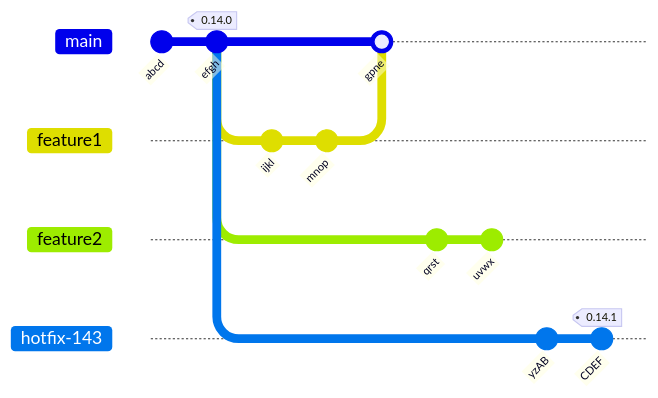
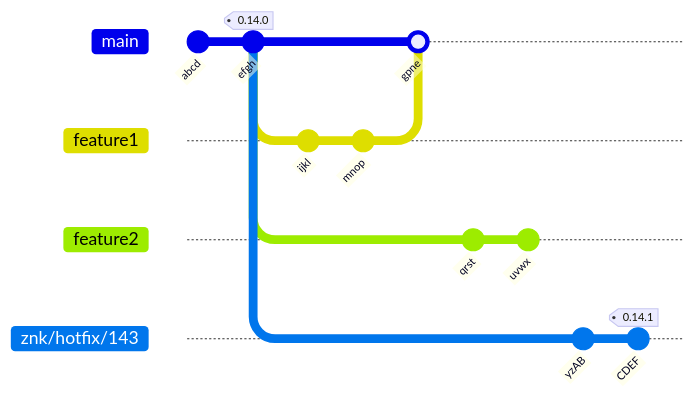
Before and after one commit to hubverse-org/hubDevs: the third of 5 diagrams in vignettes/hotfixes.qmd, drawn with Mermaid. The commit also changed other lines of this file and 3 other files, not shown here.

````diff
--- a/vignettes/hotfixes.qmd
+++ b/vignettes/hotfixes.qmd
@@ -117,20 +112,20 @@
 ```{mermaid}
 gitGraph
     commit id: "abcd"
     commit id: "efgh" tag: "0.14.0"
     branch feature1
     branch feature2
-    branch hotfix-143
+    branch znk/hotfix/143
     checkout main
     checkout feature1
     commit id: "ijkl"
     commit id: "mnop"
     checkout main
     merge feature1 id: "gpne"
     checkout feature2
     commit id: "qrst"
     commit id: "uvwx"
-    checkout hotfix-143
+    checkout znk/hotfix/143
     commit id: "yzAB"
     commit id: "CDEF" tag: "0.14.1"
 ```
````
